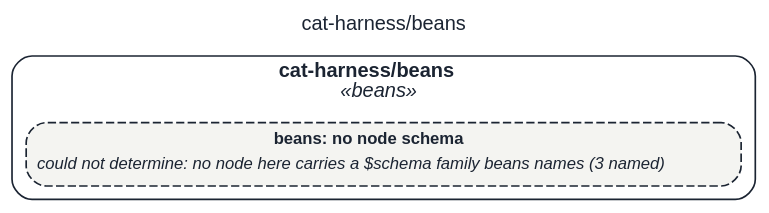
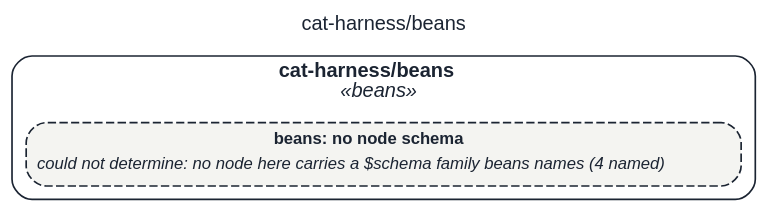
The diagram in assets/img/uml/overview/cat-harness/beans.dot (litlfred/smart-ra), drawn with Graphviz before and after one commit. The commit also changed 5992 other files, not shown here.

```diff
--- a/assets/img/uml/overview/cat-harness/beans.dot
+++ b/assets/img/uml/overview/cat-harness/beans.dot
@@ -1,11 +1,11 @@
 // GENERATED by cat-harness-tools/scripts/gen-uml-overview.ts — do not edit.
 // Rendered page (interactive view, same model): https://litlfred.github.io/folio-assistant/uml/overview/cat-harness/beans.html
 digraph "cat_harness_beans" {
   graph [label="cat-harness/beans", labelloc=t, fontname="Helvetica", fontsize=12, fontcolor="#1b2432", newrank=true, ratio=auto, nodesep=0.3, ranksep=0.5, bgcolor="transparent"];
   node [shape=box, style="rounded,filled", margin=0.05, fontname="Helvetica", fontsize=10, color="#1b2432", fontcolor="#1b2432"];
   edge [color="#1b2432", fontcolor="#1b2432", fontname="Helvetica", fontsize=9];
   subgraph "cluster_pkg_cat_harness_beans" {
     label=<<b>cat-harness/beans</b><br/><i>«beans»</i>>; style="rounded"; color="#1b2432"; class="fa_uml_subgraph";
-    "n_cat_harness_beans_beans" [style="rounded,filled,dashed", fillcolor="#f4f4f1", class="fa_uml_kind_beans fa_uml_undetermined", label=<<table border="0" cellborder="0" cellspacing="0" cellpadding="2"><tr><td><b>beans: no node schema</b></td></tr><tr><td align="left"><i>could not determine: no node here carries a $schema family beans names (3 named)</i></td></tr></table>>];
+    "n_cat_harness_beans_beans" [style="rounded,filled,dashed", fillcolor="#f4f4f1", class="fa_uml_kind_beans fa_uml_undetermined", label=<<table border="0" cellborder="0" cellspacing="0" cellpadding="2"><tr><td><b>beans: no node schema</b></td></tr><tr><td align="left"><i>could not determine: no node here carries a $schema family beans names (4 named)</i></td></tr></table>>];
   }
 }
```
